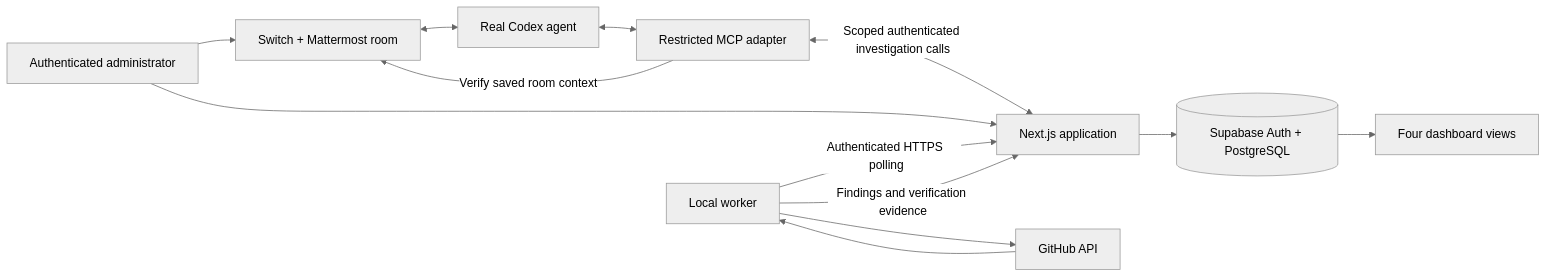
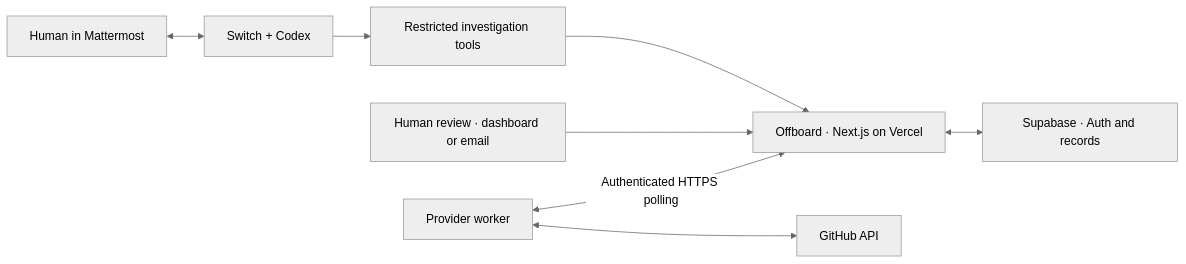
One commit to Femtech-web/offboard changed the diagram in README.md. Above: the diagram before and after it, drawn with Mermaid (neutral theme). The commit also changed other lines of this file and 15 other files, not shown here.

````diff
--- a/README.md
+++ b/README.md
@@ -104,15 +93,10 @@
 ```mermaid
 flowchart LR
-  Human --> Room[Switch + Mattermost room]
-  Room <--> Agent[Real Codex agent]
-  Agent <--> Adapter[Restricted MCP adapter]
-  Adapter -->|Verify saved room context| Room
-  Adapter <-->|Scoped authenticated investigation calls| App
-  Human[Authenticated administrator] --> App[Next.js application]
-  App --> DB[(Supabase Auth + PostgreSQL)]
-  Worker[Local worker] -->|Authenticated HTTPS polling| App
-  Worker --> GitHub[GitHub API]
-  GitHub --> Worker
-  Worker -->|Findings and verification evidence| App
-  DB --> Reports[Four dashboard views]
+  Human[Human in Mattermost] <--> Switch[Switch + Codex]
+  Switch --> Adapter[Restricted investigation tools]
+  Adapter --> App[Offboard · Next.js on Vercel]
+  Admin[Human review · dashboard or email] --> App
+  App <--> Database[Supabase · Auth and records]
+  Worker[Provider worker] <-->|Authenticated HTTPS polling| App
+  Worker <--> GitHub[GitHub API]
 ```
````
